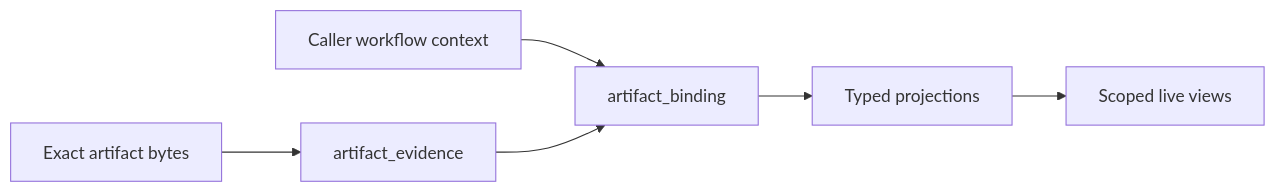
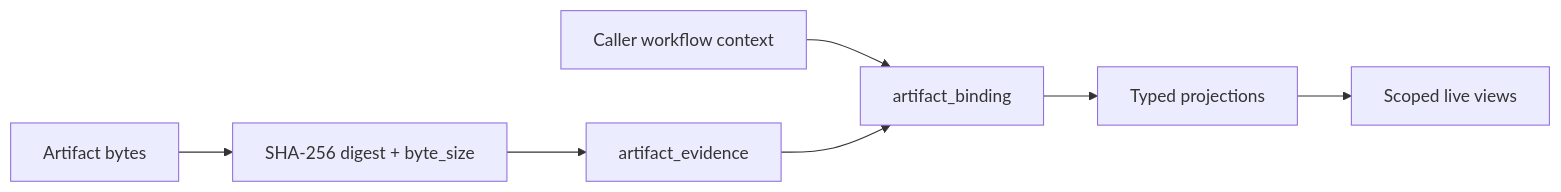
Before and after one commit to smith-xyz/traust-contracts: the diagram in storage/v1/README.md, drawn with Mermaid. The commit also changed other lines of this file and 16 other files, not shown here.

Commit message:
feat(storage): replace artifact_evidence payload with byte_size

````diff
--- a/storage/v1/README.md
+++ b/storage/v1/README.md
@@ -12,8 +13,9 @@
 ```mermaid
 flowchart LR
-    A[Exact artifact bytes] --> E[artifact_evidence]
+    A[Artifact bytes] --> D[SHA-256 digest + byte_size]
+    D --> E[artifact_evidence]
     C[Caller workflow context] --> B[artifact_binding]
     E --> B
     B --> P[Typed projections]
     P --> V[Scoped live views]
 ```
````
